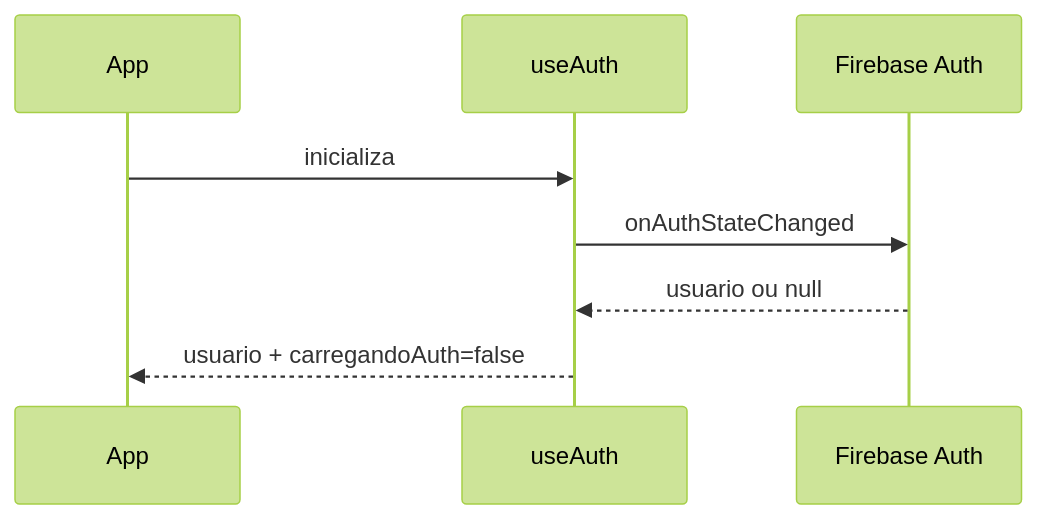
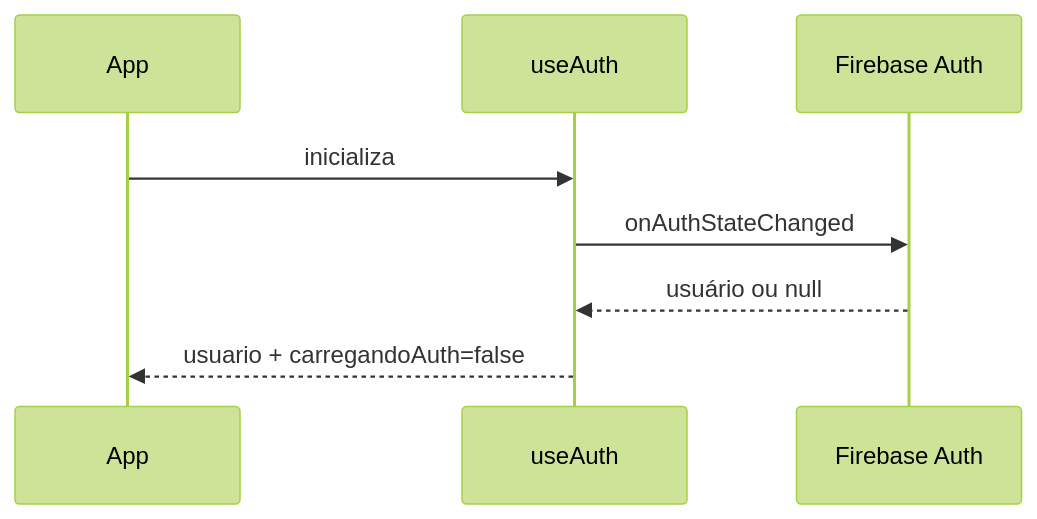
One commit to eb-nascimento/vesttor-vite changed the third of 4 diagrams in docs/SDD.md. Above: the diagram before and after it, drawn with Mermaid (forest theme). The commit also changed other lines of this file and 4 other files, not shown here.

````diff
--- a/docs/SDD.md
+++ b/docs/SDD.md
@@ -213,11 +384,11 @@
 ```mermaid
 sequenceDiagram
     participant App
     participant Hook as useAuth
     participant Auth as Firebase Auth
 
     App->>Hook: inicializa
     Hook->>Auth: onAuthStateChanged
-    Auth-->>Hook: usuario ou null
+    Auth-->>Hook: usuário ou null
     Hook-->>App: usuario + carregandoAuth=false
 ```
````
